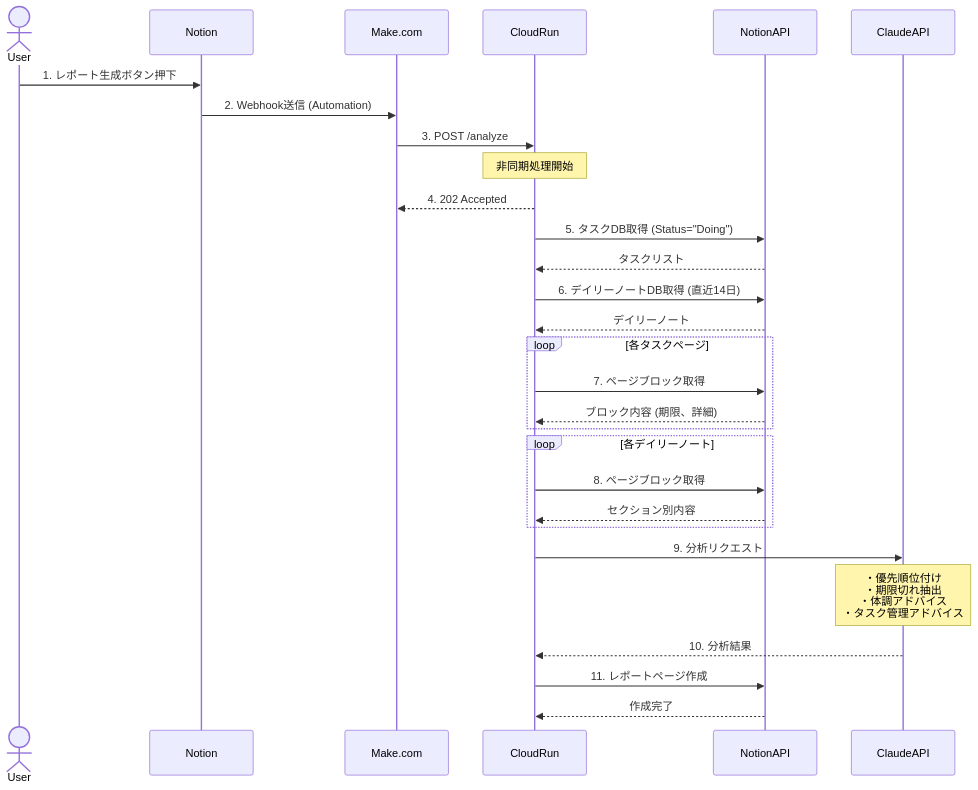
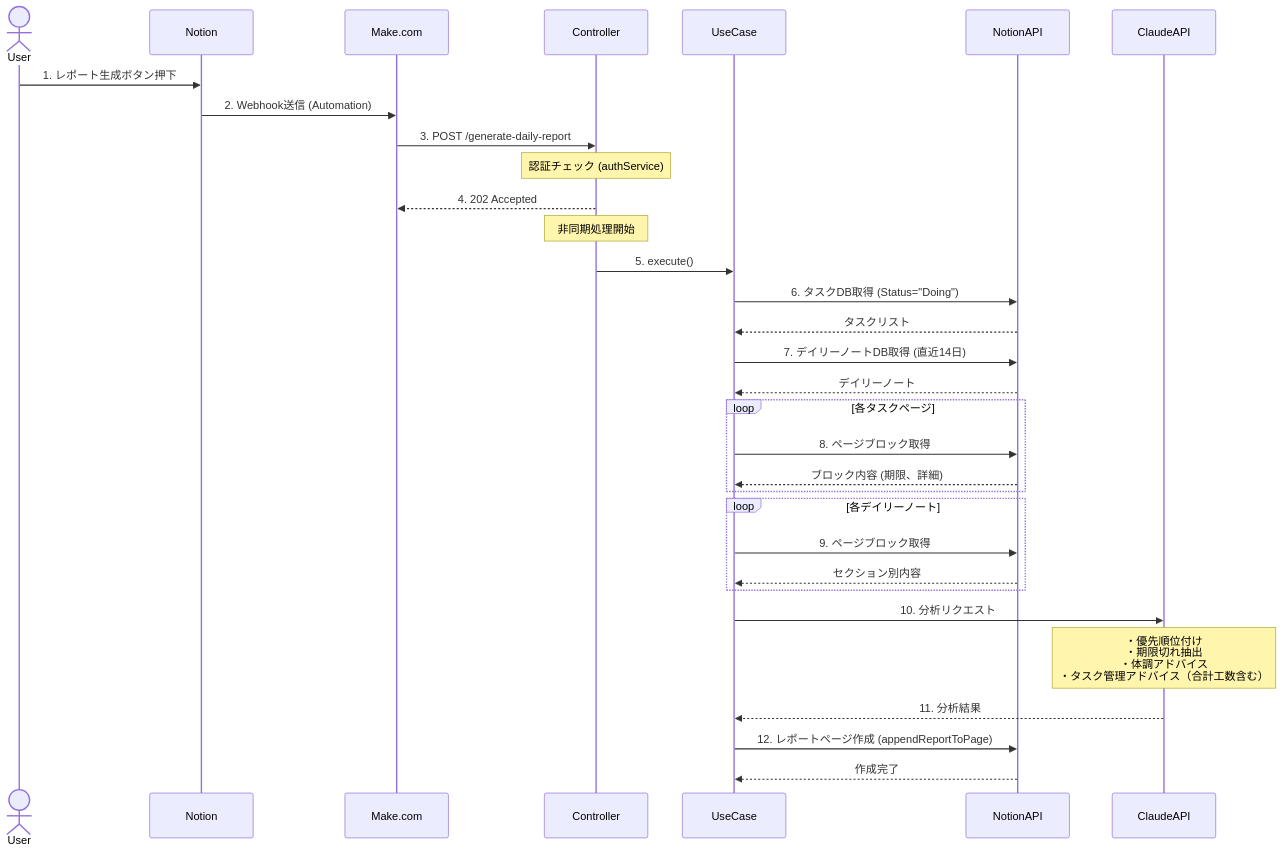
The second of 7 diagrams in docs/architecture.md (matsushun1/task-analyzer), drawn with Mermaid before and after one commit. The commit also changed 2 other files, not shown here.

Commit message:
構成修正

````diff
--- a/docs/architecture.md
+++ b/docs/architecture.md
@@ -55,39 +55,43 @@
 ```mermaid
 sequenceDiagram
     actor User
     participant Notion
     participant Make.com
-    participant CloudRun
+    participant Controller
+    participant UseCase
     participant NotionAPI
     participant ClaudeAPI
 
     User->>Notion: 1. レポート生成ボタン押下
     Notion->>Make.com: 2. Webhook送信 (Automation)
 
-    Make.com->>CloudRun: 3. POST /analyze
-    Note over CloudRun: 非同期処理開始
-    CloudRun-->>Make.com: 4. 202 Accepted
+    Make.com->>Controller: 3. POST /generate-daily-report
+    Note over Controller: 認証チェック (authService)
+    Controller-->>Make.com: 4. 202 Accepted
 
-    CloudRun->>NotionAPI: 5. タスクDB取得 (Status="Doing")
-    NotionAPI-->>CloudRun: タスクリスト
+    Note over Controller: 非同期処理開始
+    Controller->>UseCase: 5. execute()
 
-    CloudRun->>NotionAPI: 6. デイリーノートDB取得 (直近14日)
-    NotionAPI-->>CloudRun: デイリーノート
+    UseCase->>NotionAPI: 6. タスクDB取得 (Status="Doing")
+    NotionAPI-->>UseCase: タスクリスト
+
+    UseCase->>NotionAPI: 7. デイリーノートDB取得 (直近14日)
+    NotionAPI-->>UseCase: デイリーノート
 
     loop 各タスクページ
-        CloudRun->>NotionAPI: 7. ページブロック取得
-        NotionAPI-->>CloudRun: ブロック内容 (期限、詳細)
+        UseCase->>NotionAPI: 8. ページブロック取得
+        NotionAPI-->>UseCase: ブロック内容 (期限、詳細)
     end
 
     loop 各デイリーノート
-        CloudRun->>NotionAPI: 8. ページブロック取得
-        NotionAPI-->>CloudRun: セクション別内容
+        UseCase->>NotionAPI: 9. ページブロック取得
+        NotionAPI-->>UseCase: セクション別内容
     end
 
-    CloudRun->>ClaudeAPI: 9. 分析リクエスト
-    Note over ClaudeAPI: ・優先順位付け<br/>・期限切れ抽出<br/>・体調アドバイス<br/>・タスク管理アドバイス
-    ClaudeAPI-->>CloudRun: 10. 分析結果
+    UseCase->>ClaudeAPI: 10. 分析リクエスト
+    Note over ClaudeAPI: ・優先順位付け<br/>・期限切れ抽出<br/>・体調アドバイス<br/>・タスク管理アドバイス（合計工数含む）
+    ClaudeAPI-->>UseCase: 11. 分析結果
 
-    CloudRun->>NotionAPI: 11. レポートページ作成
-    NotionAPI-->>CloudRun: 作成完了
+    UseCase->>NotionAPI: 12. レポートページ作成 (appendReportToPage)
+    NotionAPI-->>UseCase: 作成完了
 ```
````
